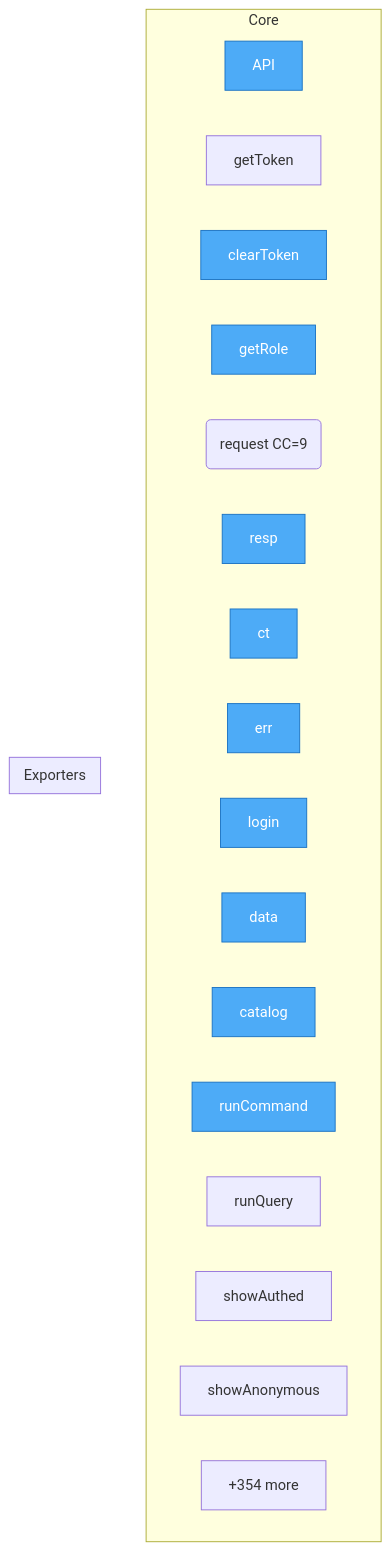
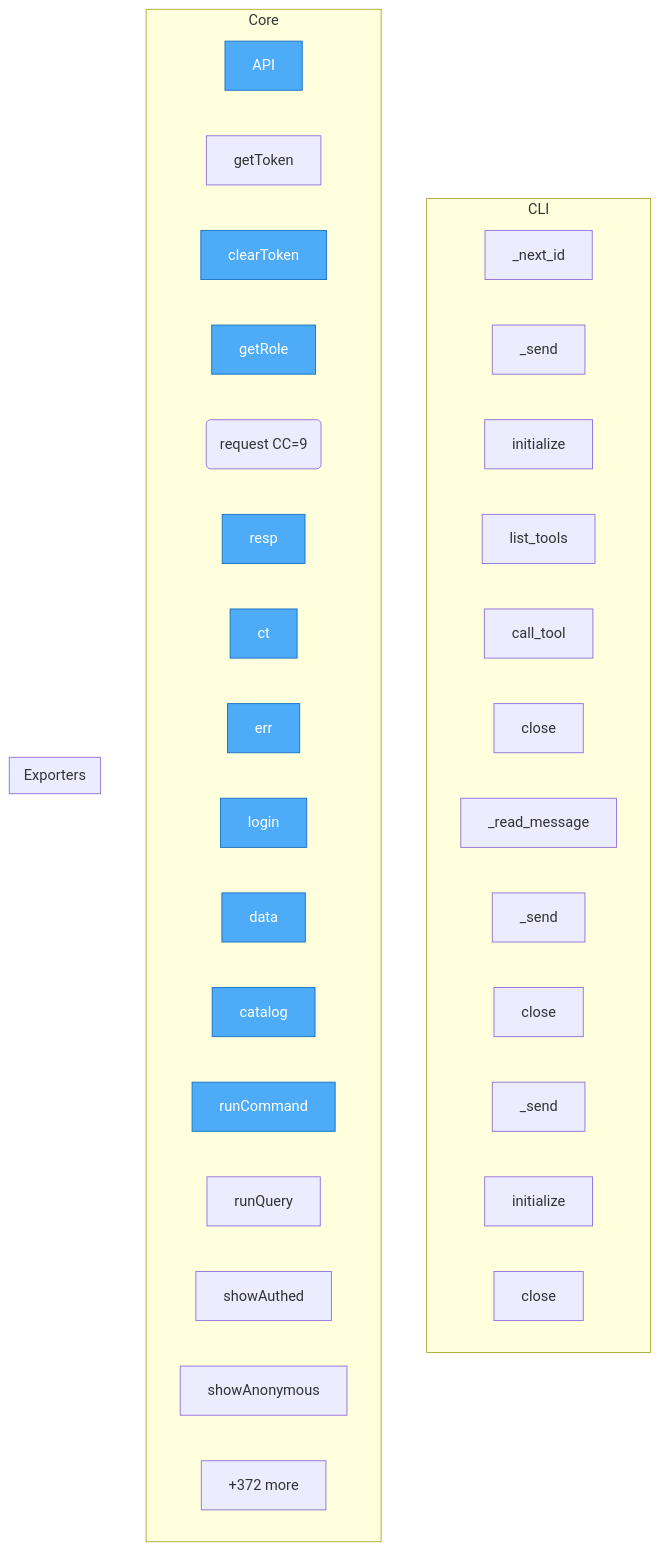
The diagram in project/flow.mmd (semcod/codot), drawn with Mermaid before and after one commit. The commit also changed 55 other files, not shown here.

```diff
--- a/project/flow.mmd
+++ b/project/flow.mmd
@@ -1,28 +1,43 @@
 flowchart TD
 
     %% Entry points (blue)
     classDef entry fill:#4dabf7,stroke:#1971c2,color:#fff
+
+    subgraph CLI
+        api__mcp_client__MCPClient___next_id["_next_id"]
+        api__mcp_client__MCPClient___send["_send"]
+        api__mcp_client__MCPClient__initialize["initialize"]
+        api__mcp_client__MCPClient__list_tools["list_tools"]
+        api__mcp_client__MCPClient__call_tool["call_tool"]
+        api__mcp_client__MCPClient__close["close"]
+        api__mcp_client__MCPStdioClient___read_message["_read_message"]
+        api__mcp_client__MCPStdioClient___send["_send"]
+        api__mcp_client__MCPStdioClient__close["close"]
+        api__mcp_client__MCPSseClient___send["_send"]
+        api__mcp_client__MCPSseClient__initialize["initialize"]
+        api__mcp_client__MCPSseClient__close["close"]
+    end
 
     subgraph Core
         frontend__html__js__api__API["API"]
         frontend__html__js__api__getToken["getToken"]
         frontend__html__js__api__clearToken["clearToken"]
         frontend__html__js__api__getRole["getRole"]
         frontend__html__js__api__request("request CC=9")
         frontend__html__js__api__resp["resp"]
         frontend__html__js__api__ct["ct"]
         frontend__html__js__api__err["err"]
         frontend__html__js__api__login["login"]
         frontend__html__js__api__data["data"]
         frontend__html__js__api__catalog["catalog"]
         frontend__html__js__api__runCommand["runCommand"]
         frontend__html__js__api__runQuery["runQuery"]
         frontend__html__js__app__showAuthed["showAuthed"]
         frontend__html__js__app__showAnonymous["showAnonymous"]
-        ...["+354 more"]
+        ...["+372 more"]
     end
 
     subgraph Exporters
     end
 
     class frontend__html__js__api__API,frontend__html__js__api__clearToken,frontend__html__js__api__getRole,frontend__html__js__api__resp,frontend__html__js__api__ct,frontend__html__js__api__err,frontend__html__js__api__login,frontend__html__js__api__data,frontend__html__js__api__catalog,frontend__html__js__api__runCommand entry
```
